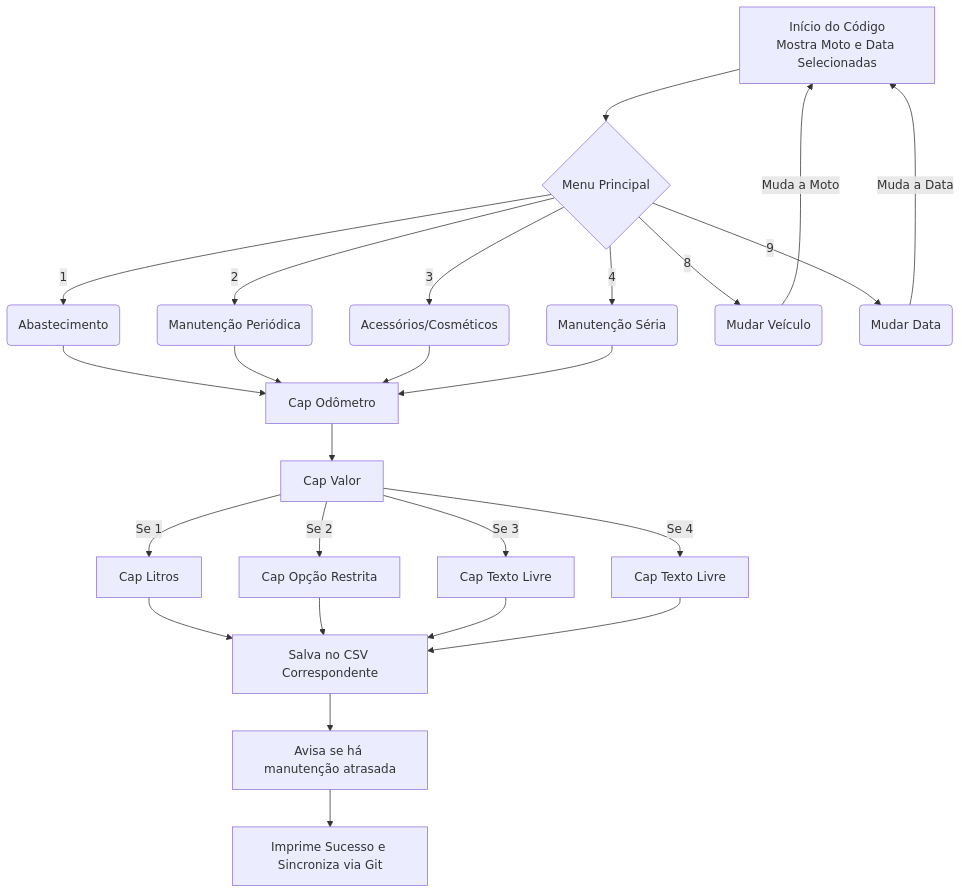
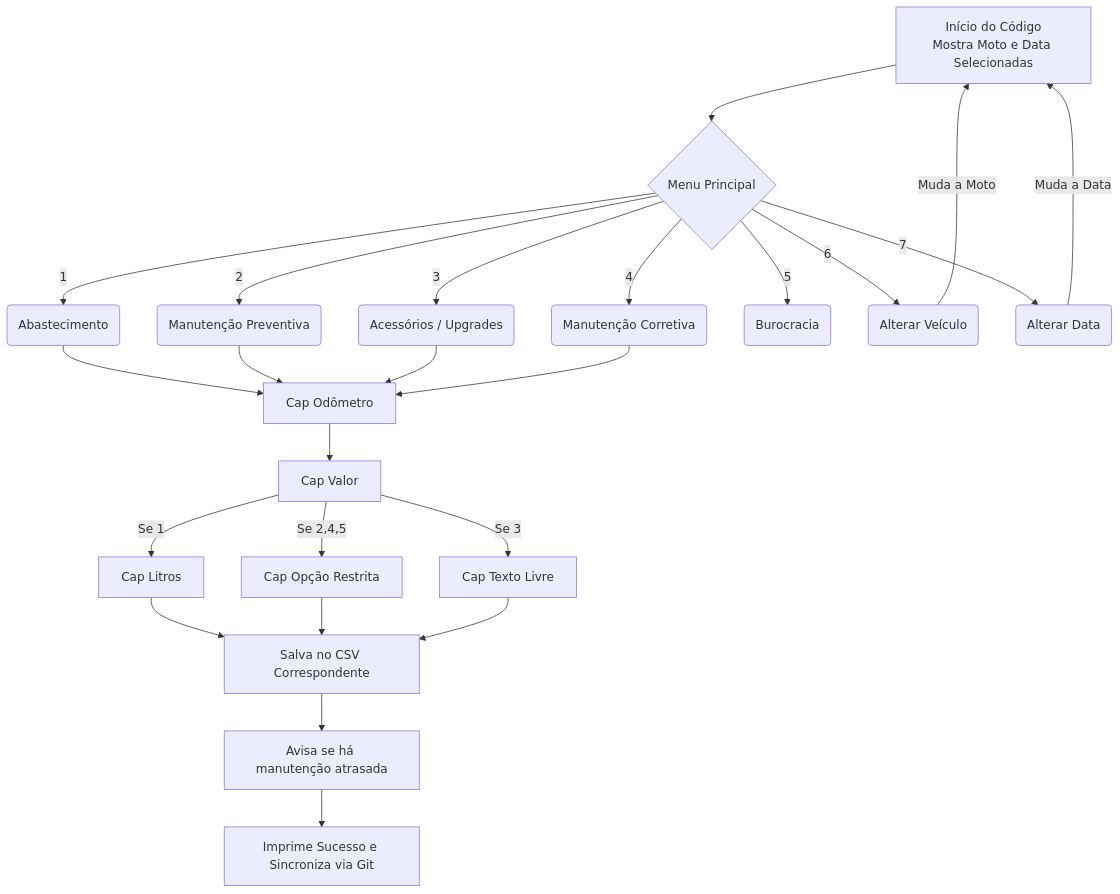
One commit to Robin-Ud/MotorCostTracker changed the diagram in README.md. Above: the diagram before and after it, drawn with Mermaid. The commit also changed other lines of this file, not shown here.

Commit message:
docs: fix README to match current configs, menu and roadmap state

````diff
--- a/README.md
+++ b/README.md
@@ -67,40 +81,39 @@
 ```mermaid
 graph TD
     %% Definição do Início
     Start[Início do Código<br>Mostra Moto e Data Selecionadas] --> Menu{Menu Principal}
 
     %% Opções do Menu
     Menu -->|1| Abast(Abastecimento)
-    Menu -->|2| ManutP(Manutenção Periódica)
-    Menu -->|3| Acess(Acessórios/Cosméticos)
-    Menu -->|4| ManutS(Manutenção Séria)
-    Menu -->|8| MudarV(Mudar Veículo)
-    Menu -->|9| MudarD(Mudar Data)
+    Menu -->|2| ManutP(Manutenção Preventiva)
+    Menu -->|3| Acess(Acessórios / Upgrades)
+    Menu -->|4| ManutS(Manutenção Corretiva)
+    Menu -->|5| Buro(Burocracia)
+    Menu -->|6| MudarV(Alterar Veículo)
+    Menu -->|7| MudarD(Alterar Data)
 
     %% Loops de alteração
     MudarV -->|Muda a Moto| Start
     MudarD -->|Muda a Data| Start
 
     %% Gargalo do Odômetro e Valor (DRY)
     Abast --> Odo[Cap Odômetro]
     ManutP --> Odo
     Acess --> Odo
     ManutS --> Odo
 
     Odo --> Valor[Cap Valor]
 
     %% Ramificações Específicas
     Valor -->|Se 1| Litros[Cap Litros]
-    Valor -->|Se 2| Opcao[Cap Opção Restrita]
+    Valor -->|Se 2,4,5| Opcao[Cap Opção Restrita]
     Valor -->|Se 3| Txt1[Cap Texto Livre]
-    Valor -->|Se 4| Txt2[Cap Texto Livre]
 
     %% Fechamento
     Litros --> Salvar[Salva no CSV Correspondente]
     Opcao --> Salvar
     Txt1 --> Salvar
-    Txt2 --> Salvar
 
     Salvar --> Alertas[Avisa se há manutenção atrasada]
     Alertas --> Fim[Imprime Sucesso e Sincroniza via Git]
 ```
````
